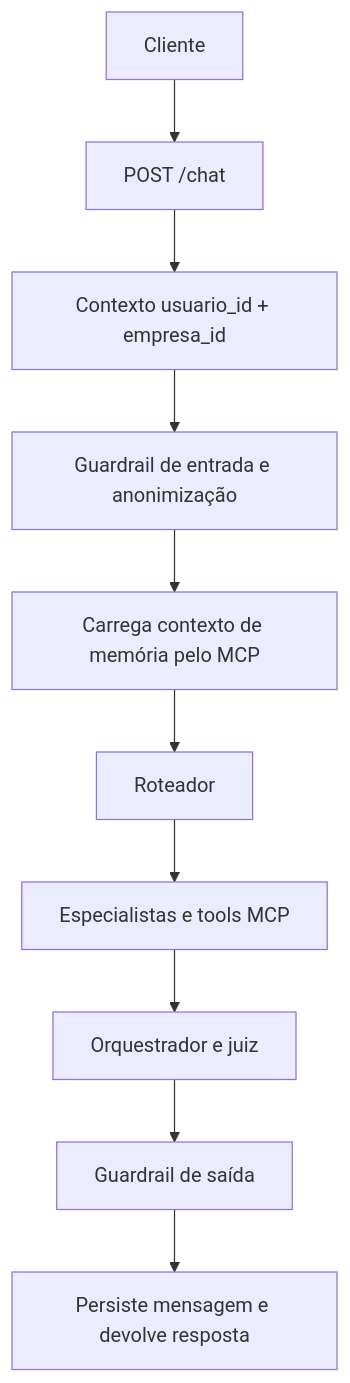
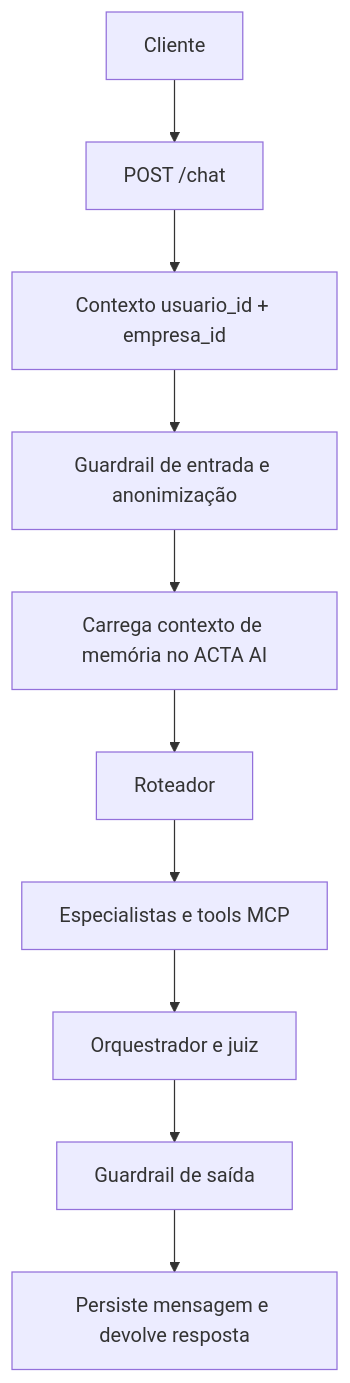
Before and after one commit to AppActa/acta-ai: the diagram in docs/arquitetura.md, drawn with Mermaid. The commit also changed other lines of this file and 33 other files, not shown here.

````diff
--- a/docs/arquitetura.md
+++ b/docs/arquitetura.md
@@ -21,12 +22,12 @@
 ```mermaid
 flowchart TD
     A[Cliente] --> B[POST /chat]
     B --> C[Contexto usuario_id + empresa_id]
     C --> D[Guardrail de entrada e anonimização]
-    D --> E[Carrega contexto de memória pelo MCP]
+    D --> E[Carrega contexto de memória no ACTA AI]
     E --> F[Roteador]
     F --> G[Especialistas e tools MCP]
     G --> H[Orquestrador e juiz]
     H --> I[Guardrail de saída]
     I --> J[Persiste mensagem e devolve resposta]
 ```
````
